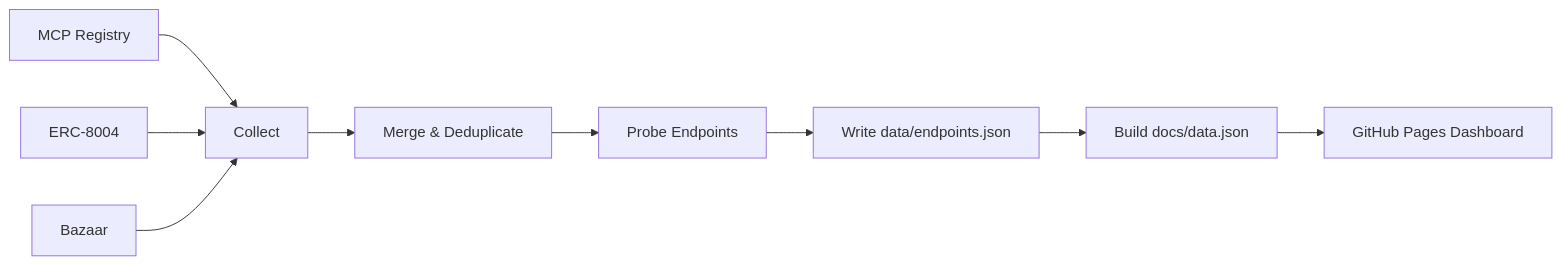
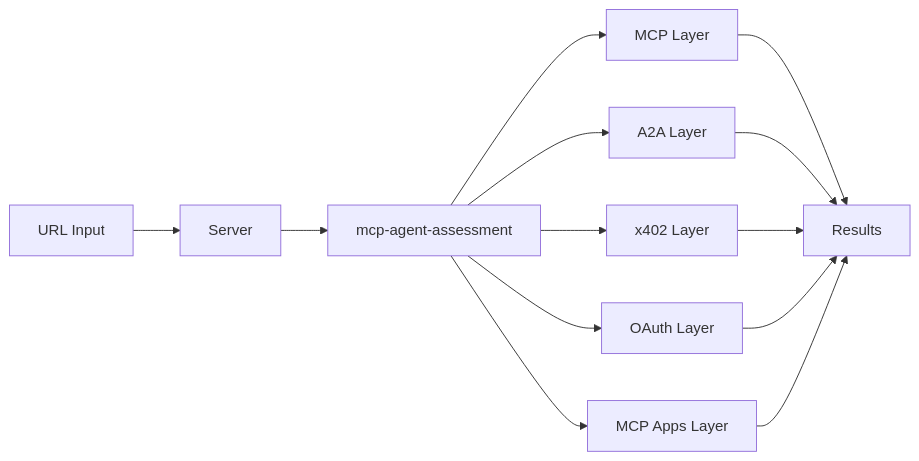
One commit to FlowMCP/x402-mcp-monitor changed the diagram in README.md. Above: the diagram before and after it, drawn with Mermaid. The commit also changed other lines of this file, not shown here.

````diff
--- a/README.md
+++ b/README.md
@@ -18,11 +9,15 @@
 ```mermaid
 flowchart LR
-    A[MCP Registry] --> D[Collect]
-    B[ERC-8004] --> D
-    C[Bazaar] --> D
-    D --> E[Merge & Deduplicate]
-    E --> F[Probe Endpoints]
-    F --> G[Write data/endpoints.json]
-    G --> H[Build docs/data.json]
-    H --> I[GitHub Pages Dashboard]
+    A[URL Input] --> B[Server]
+    B --> C[mcp-agent-assessment]
+    C --> D[MCP Layer]
+    C --> E[A2A Layer]
+    C --> F[x402 Layer]
+    C --> G[OAuth Layer]
+    C --> H[MCP Apps Layer]
+    D --> I[Results]
+    E --> I
+    F --> I
+    G --> I
+    H --> I
 ```
````
